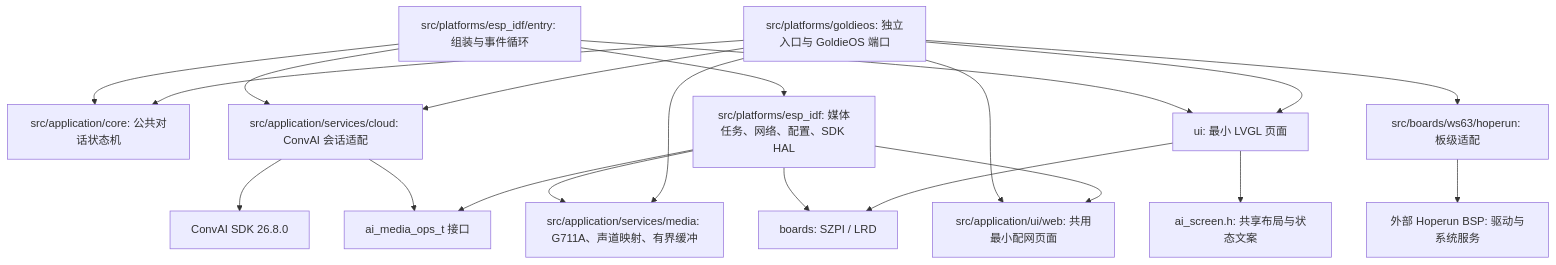
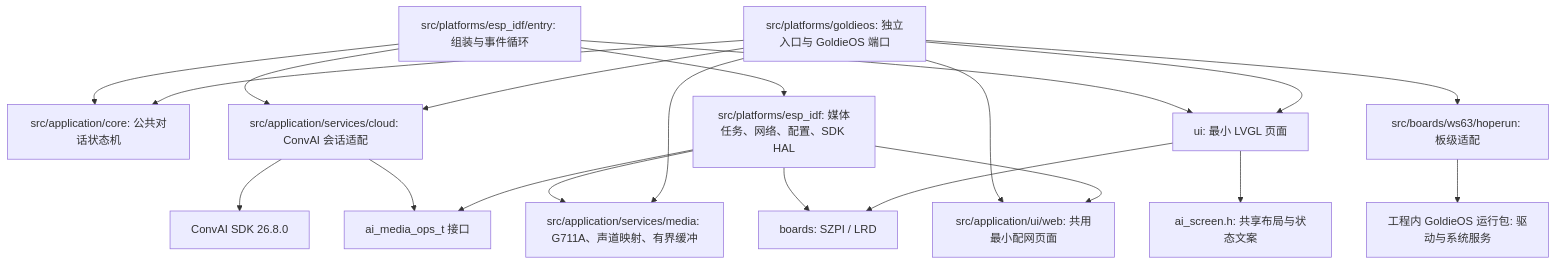
The diagram in README.md (dbwu/ai-hardware-agent-examples), drawn with Mermaid before and after one commit. The commit also changed other lines of this file and 42 other files, not shown here.

````diff
--- a/README.md
+++ b/README.md
@@ -40,22 +42,22 @@
 ```mermaid
 flowchart TD
     Main[src/platforms/esp_idf/entry: 组装与事件循环] --> Core[src/application/core: 公共对话状态机]
     Main --> Cloud[src/application/services/cloud: ConvAI 会话适配]
     Main --> Port[src/platforms/esp_idf: 媒体任务、网络、配置、SDK HAL]
     Main --> UI[ui: 最小 LVGL 页面]
     Cloud --> SDK[ConvAI SDK 26.8.0]
     Cloud --> MediaOps[ai_media_ops_t 接口]
     Port --> MediaOps
     Port --> Media[src/application/services/media: G711A、声道映射、有界缓冲]
     Port --> Board[boards: SZPI / LRD]
     UI --> Board
     WS[src/platforms/goldieos: 独立入口与 GoldieOS 端口] --> Core
     WS --> Cloud
     WS --> Media
     WS --> HB[src/boards/ws63/hoperun: 板级适配]
-    HB --> BSP[外部 Hoperun BSP: 驱动与系统服务]
+    HB --> BSP[工程内 GoldieOS 运行包: 驱动与系统服务]
     UI --> Screen[ai_screen.h: 共享布局与状态文案]
     WS --> UI
     WS --> Web[src/application/ui/web: 共用最小配网页面]
     Port --> Web
 ```
````
